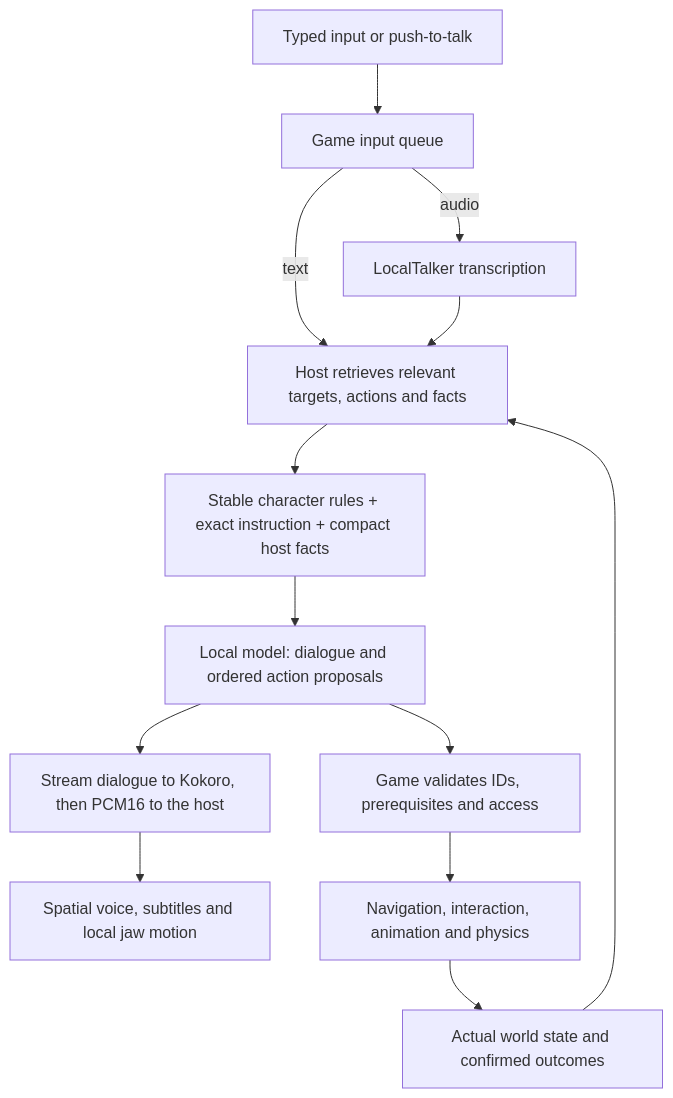
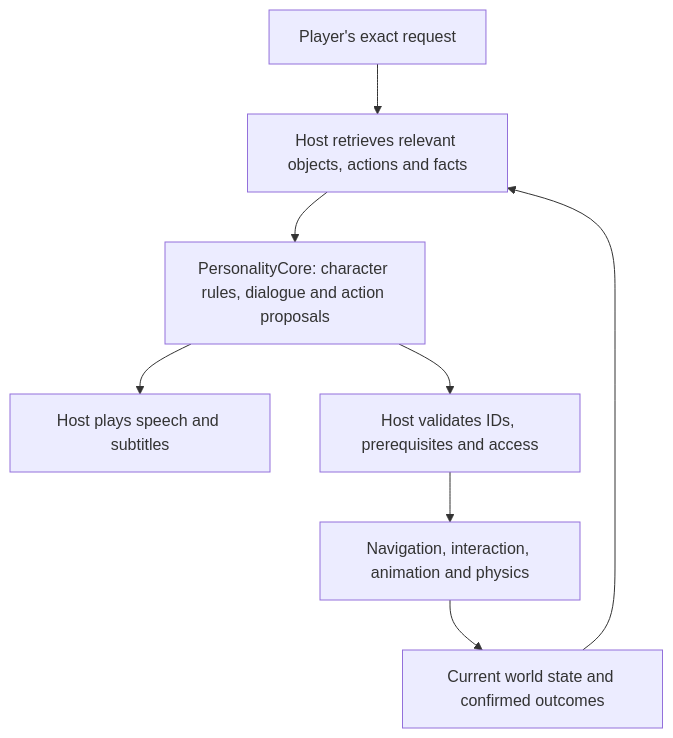
The diagram in docs/cohersion.md (BigOtis/PersonalityCore), drawn with Mermaid before and after one commit. The commit also changed other lines of this file and 10 other files, not shown here.

Commit message:
Refresh PersonalityCore presentation with October 9 screenshots

````diff
--- a/docs/cohersion.md
+++ b/docs/cohersion.md
@@ -27,15 +16,10 @@
 ```mermaid
 flowchart TD
-    PLAYER[Typed input or push-to-talk] --> INPUT[Game input queue]
-    INPUT -->|audio| STT[LocalTalker transcription]
-    INPUT -->|text| CONTEXT[Host retrieves relevant targets, actions and facts]
-    STT --> CONTEXT
-    WORLD[Actual world state and confirmed outcomes] --> CONTEXT
-    CONTEXT --> MODEL[Stable character rules + exact instruction + compact host facts]
-    MODEL --> LOCAL[Local model: dialogue and ordered action proposals]
-    LOCAL --> VOICE[Stream dialogue to Kokoro, then PCM16 to the host]
-    VOICE --> PRESENT[Spatial voice, subtitles and local jaw motion]
-    LOCAL --> VALIDATE[Game validates IDs, prerequisites and access]
-    VALIDATE --> EXEC[Navigation, interaction, animation and physics]
-    EXEC --> WORLD
+    PLAYER[Player's exact request] --> HOST[Host retrieves relevant objects, actions and facts]
+    WORLD[Current world state and confirmed outcomes] --> HOST
+    HOST --> CORE[PersonalityCore: character rules, dialogue and action proposals]
+    CORE --> VOICE[Host plays speech and subtitles]
+    CORE --> CHECK[Host validates IDs, prerequisites and access]
+    CHECK --> ACTION[Navigation, interaction, animation and physics]
+    ACTION --> WORLD
 ```
````
